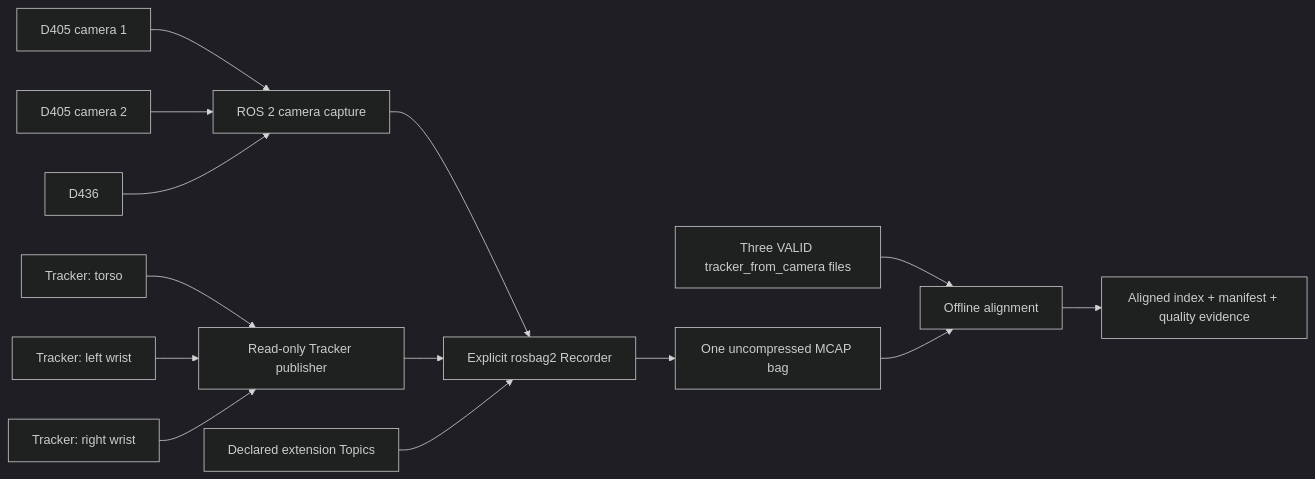
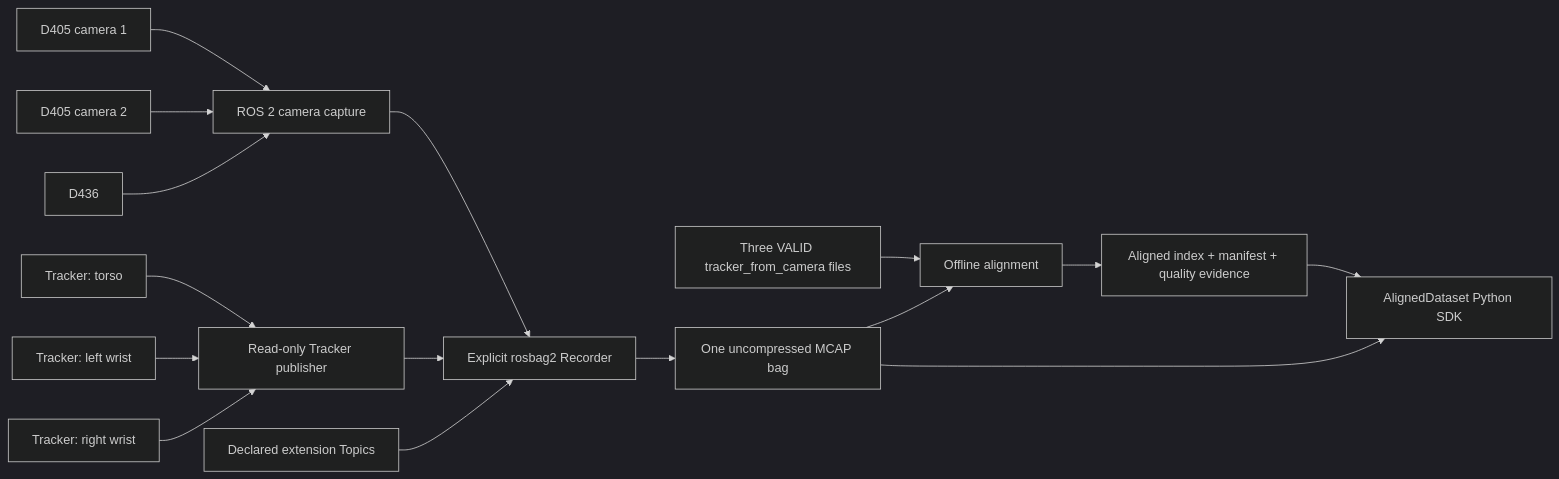
One commit to yanglei18/VisionTactile-Dataset changed the diagram in README.md. Above: the diagram before and after it, drawn with Mermaid (dark theme). The commit also changed other lines of this file and 3 other files, not shown here.

Commit message:
docs: add aligned dataset SDK guide

````diff
--- a/README.md
+++ b/README.md
@@ -59,16 +60,18 @@
 ```mermaid
 flowchart LR
     C1[D405 camera 1] --> RC[ROS 2 camera capture]
     C2[D405 camera 2] --> RC
     C3[D436] --> RC
     T1[Tracker: torso] --> TP[Read-only Tracker publisher]
     T2[Tracker: left wrist] --> TP
     T3[Tracker: right wrist] --> TP
     RC --> R[Explicit rosbag2 Recorder]
     TP --> R
     X[Declared extension Topics] --> R
     R --> B[One uncompressed MCAP bag]
     E[Three VALID tracker_from_camera files] --> A[Offline alignment]
     B --> A
     A --> O[Aligned index + manifest + quality evidence]
+    O --> S[AlignedDataset Python SDK]
+    B --> S
 ```
````
